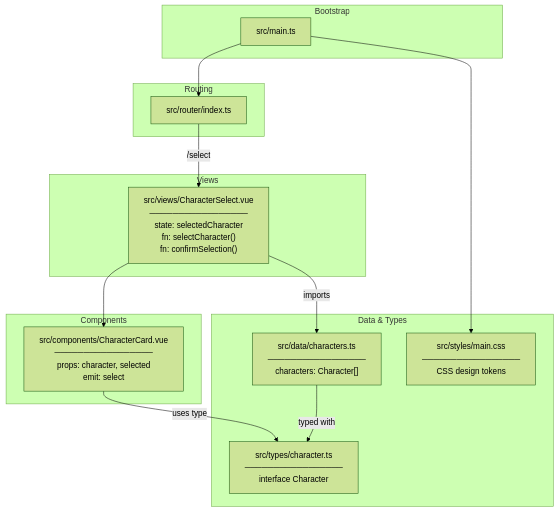
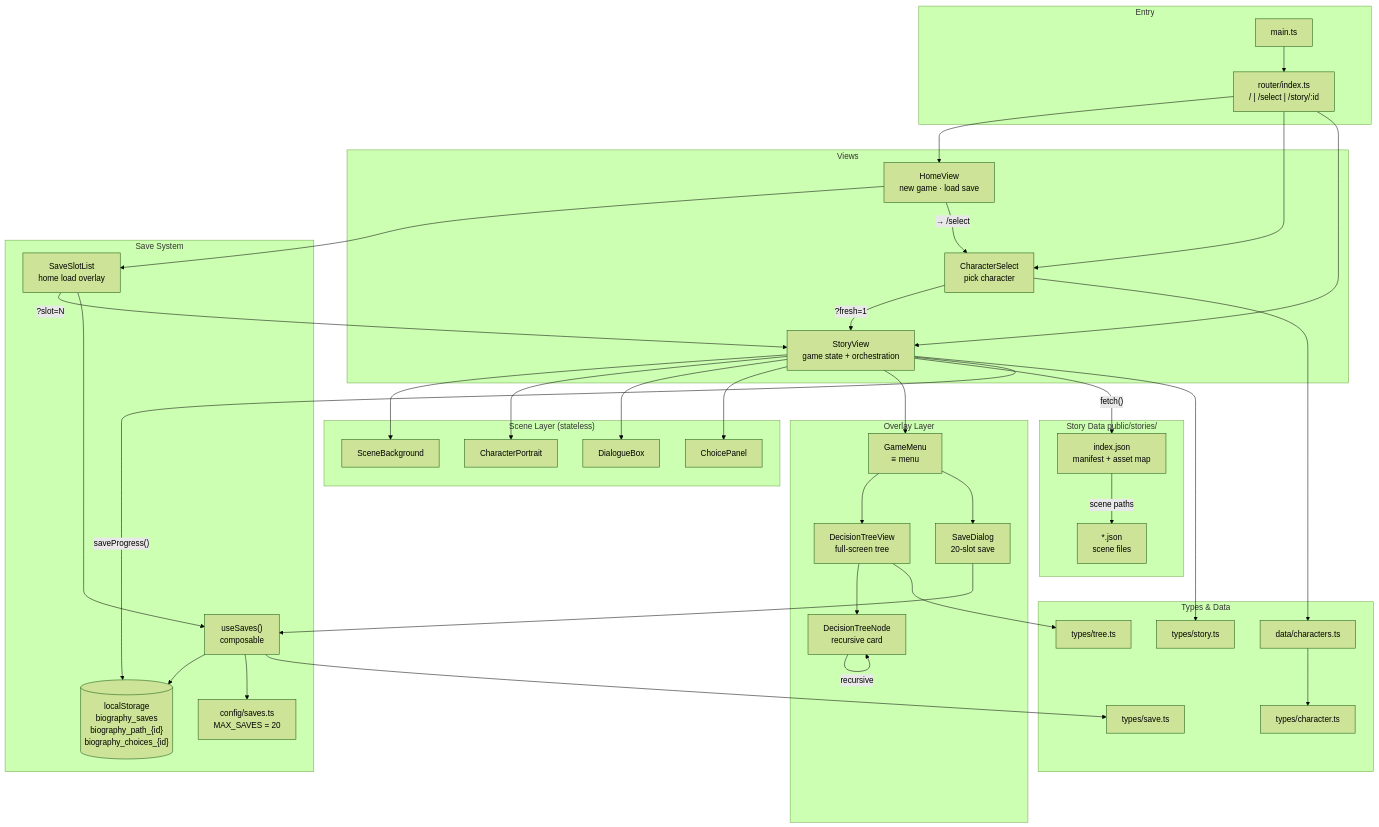
Before and after one commit to toastbin/zz-biography: the diagram in ARCHITECTURE.md, drawn with Mermaid (forest theme). The commit also changed other lines of this file and 2 other files, not shown here.

````diff
--- a/ARCHITECTURE.md
+++ b/ARCHITECTURE.md
@@ -77,32 +266,83 @@
 ```mermaid
 graph TD
-    subgraph Bootstrap
-        main["src/main.ts"]
-    end
-
-    subgraph Routing
-        router["src/router/index.ts"]
+    subgraph Entry
+        main["main.ts"]
+        router["router/index.ts\n/ | /select | /story/:id"]
     end
 
     subgraph Views
-        CharacterSelect["src/views/CharacterSelect.vue\n─────────────────\nstate: selectedCharacter\nfn: selectCharacter()\nfn: confirmSelection()"]
+        Home["HomeView\nnew game · load save"]
+        Select["CharacterSelect\npick character"]
+        Story["StoryView\ngame state + orchestration"]
     end
 
-    subgraph Components
-        CharacterCard["src/components/CharacterCard.vue\n─────────────────\nprops: character, selected\nemit: select"]
+    subgraph SceneLayer["Scene Layer (stateless)"]
+        BG["SceneBackground"]
+        Portrait["CharacterPortrait"]
+        Dialogue["DialogueBox"]
+        Choices["ChoicePanel"]
     end
 
-    subgraph Data & Types
-        characters["src/data/characters.ts\n─────────────────\ncharacters: Character[]"]
-        CharacterType["src/types/character.ts\n─────────────────\ninterface Character"]
-        styles["src/styles/main.css\n─────────────────\nCSS design tokens"]
+    subgraph OverlayLayer["Overlay Layer"]
+        Menu["GameMenu\n≡ menu"]
+        Tree["DecisionTreeView\nfull-screen tree"]
+        Node["DecisionTreeNode\nrecursive card"]
+        SaveDlg["SaveDialog\n20-slot save"]
+    end
+
+    subgraph SaveSystem["Save System"]
+        useSaves["useSaves()\ncomposable"]
+        SaveSlots["SaveSlotList\nhome load overlay"]
+        Config["config/saves.ts\nMAX_SAVES = 20"]
+        LS[("localStorage\nbiography_saves\nbiography_path_{id}\nbiography_choices_{id}")]
+    end
+
+    subgraph StoryData["Story Data  public/stories/"]
+        Manifest["index.json\nmanifest + asset map"]
+        Scenes["*.json\nscene files"]
+    end
+
+    subgraph Types["Types & Data"]
+        TStory["types/story.ts"]
+        TSave["types/save.ts"]
+        TTree["types/tree.ts"]
+        TChar["types/character.ts"]
+        chars["data/characters.ts"]
     end
 
     main --> router
-    main --> styles
-    router -->|"/select"| CharacterSelect
-    CharacterSelect --> CharacterCard
-    CharacterSelect -->|imports| characters
-    CharacterCard -->|uses type| CharacterType
-    characters -->|typed with| CharacterType
+    router --> Home
+    router --> Select
+    router --> Story
+
+    Home --> SaveSlots
+    Home -->|"→ /select"| Select
+    Select -->|"?fresh=1"| Story
+    SaveSlots -->|"?slot=N"| Story
+
+    Story --> BG
+    Story --> Portrait
+    Story --> Dialogue
+    Story --> Choices
+    Story --> Menu
+
+    Menu --> Tree
+    Menu --> SaveDlg
+    Tree --> Node
+    Node -->|"recursive"| Node
+
+    Story -->|"fetch()"| Manifest
+    Manifest -->|"scene paths"| Scenes
+
+    Story -->|"saveProgress()"| LS
+    SaveDlg --> useSaves
+    SaveSlots --> useSaves
+    useSaves --> LS
+    useSaves --> Config
+
+    Select --> chars
+    chars --> TChar
+    Story --> TStory
+    Tree --> TTree
+    useSaves --> TSave
 ```
````
